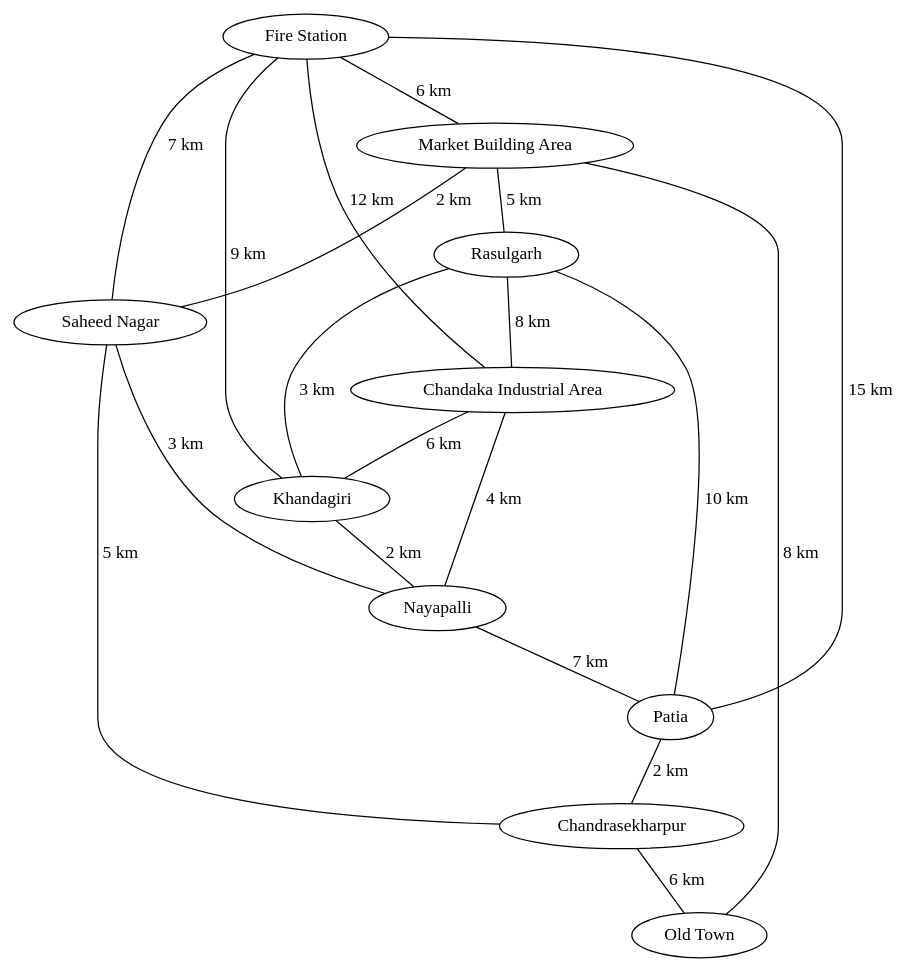
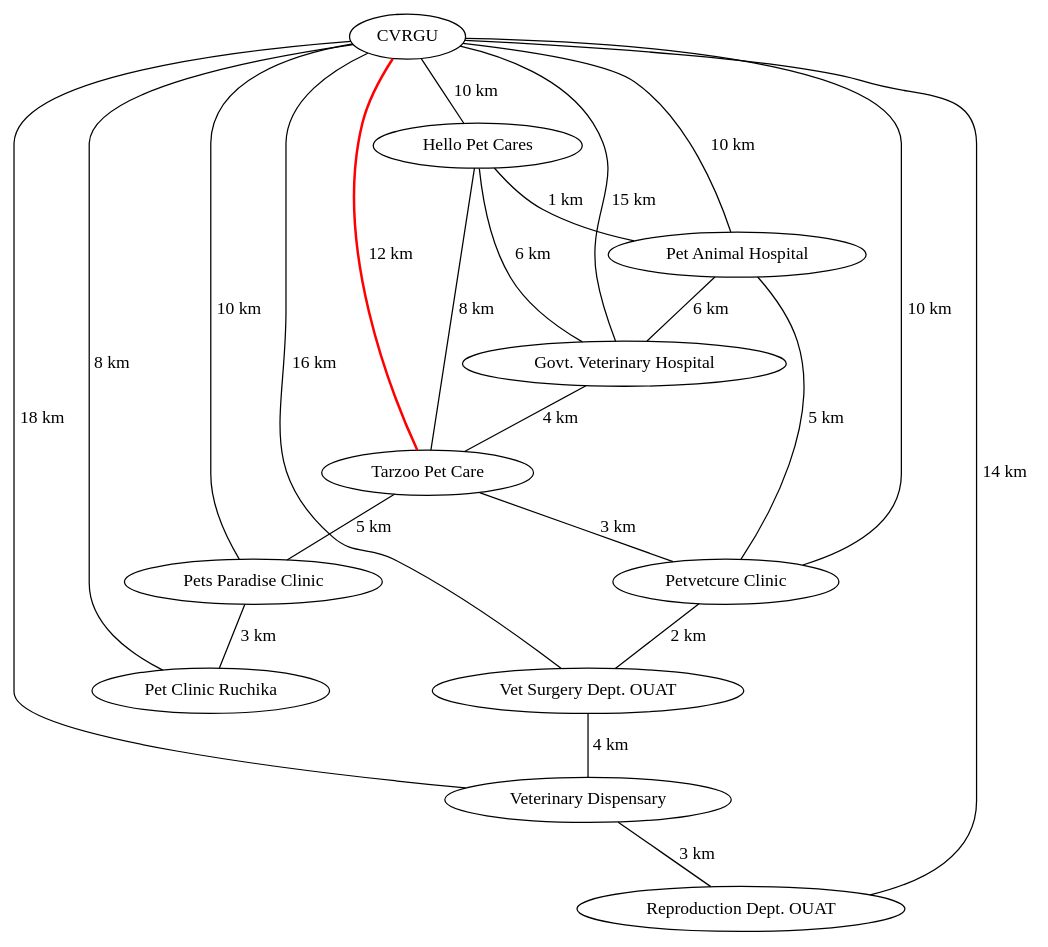
One commit to Cyphershadow24ar/Projects changed the diagram in Veterinary Hospital Management/graph.dot. Above: the diagram before and after it, drawn with Graphviz.

```diff
--- a/Veterinary Hospital Management/graph.dot
+++ b/Veterinary Hospital Management/graph.dot
@@ -1,33 +1,35 @@
 graph G {
-    "Fire Station" [label="Fire Station"];
-    "Market Building Area" [label="Market Building Area"];
-    "Rasulgarh" [label="Rasulgarh"];
-    "Chandaka Industrial Area" [label="Chandaka Industrial Area"];
-    "Saheed Nagar" [label="Saheed Nagar"];
-    "Khandagiri" [label="Khandagiri"];
-    "Nayapalli" [label="Nayapalli"];
-    "Patia" [label="Patia"];
-    "Chandrasekharpur" [label="Chandrasekharpur"];
-    "Old Town" [label="Old Town"];
-    "Fire Station" -- "Market Building Area" [label="6 km"];
-    "Fire Station" -- "Chandaka Industrial Area" [label="12 km"];
-    "Fire Station" -- "Saheed Nagar" [label="7 km"];
-    "Fire Station" -- "Khandagiri" [label="9 km"];
-    "Fire Station" -- "Patia" [label="15 km"];
-    "Market Building Area" -- "Rasulgarh" [label="5 km"];
-    "Market Building Area" -- "Saheed Nagar" [label="2 km"];
-    "Market Building Area" -- "Old Town" [label="8 km"];
-    "Rasulgarh" -- "Chandaka Industrial Area" [label="8 km"];
-    "Rasulgarh" -- "Khandagiri" [label="3 km"];
-    "Rasulgarh" -- "Patia" [label="10 km"];
-    "Chandaka Industrial Area" -- "Khandagiri" [label="6 km"];
-    "Chandaka Industrial Area" -- "Nayapalli" [label="4 km"];
-    "Saheed Nagar" -- "Nayapalli" [label="3 km"];
-    "Saheed Nagar" -- "Chandrasekharpur" [label="5 km"];
-    "Khandagiri" -- "Nayapalli" [label="2 km"];
-    "Nayapalli" -- "Patia" [label="7 km"];
-    "Patia" -- "Chandrasekharpur" [label="2 km"];
-    "Chandrasekharpur" -- "Old Town" [label="6 km"];
-    
-
+    "CVRGU" [label="CVRGU"];
+    "Hello Pet Cares" [label="Hello Pet Cares"];
+    "Pet Animal Hospital" [label="Pet Animal Hospital"];
+    "Govt. Veterinary Hospital" [label="Govt. Veterinary Hospital"];
+    "Tarzoo Pet Care" [label="Tarzoo Pet Care"];
+    "Petvetcure Clinic" [label="Petvetcure Clinic"];
+    "Vet Surgery Dept. OUAT" [label="Vet Surgery Dept. OUAT"];
+    "Veterinary Dispensary" [label="Veterinary Dispensary"];
+    "Pets Paradise Clinic" [label="Pets Paradise Clinic"];
+    "Pet Clinic Ruchika" [label="Pet Clinic Ruchika"];
+    "Reproduction Dept. OUAT" [label="Reproduction Dept. OUAT"];
+    "CVRGU" -- "Hello Pet Cares" [label="10 km"];
+    "CVRGU" -- "Pet Animal Hospital" [label="10 km"];
+    "CVRGU" -- "Govt. Veterinary Hospital" [label="15 km"];
+    "CVRGU" -- "Tarzoo Pet Care" [color=red, penwidth=2.0, label="12 km"];
+    "CVRGU" -- "Petvetcure Clinic" [label="10 km"];
+    "CVRGU" -- "Vet Surgery Dept. OUAT" [label="16 km"];
+    "CVRGU" -- "Veterinary Dispensary" [label="18 km"];
+    "CVRGU" -- "Pets Paradise Clinic" [label="10 km"];
+    "CVRGU" -- "Pet Clinic Ruchika" [label="8 km"];
+    "CVRGU" -- "Reproduction Dept. OUAT" [label="14 km"];
+    "Hello Pet Cares" -- "Pet Animal Hospital" [label="1 km"];
+    "Hello Pet Cares" -- "Govt. Veterinary Hospital" [label="6 km"];
+    "Hello Pet Cares" -- "Tarzoo Pet Care" [label="8 km"];
+    "Pet Animal Hospital" -- "Govt. Veterinary Hospital" [label="6 km"];
+    "Pet Animal Hospital" -- "Petvetcure Clinic" [label="5 km"];
+    "Govt. Veterinary Hospital" -- "Tarzoo Pet Care" [label="4 km"];
+    "Tarzoo Pet Care" -- "Petvetcure Clinic" [label="3 km"];
+    "Tarzoo Pet Care" -- "Pets Paradise Clinic" [label="5 km"];
+    "Petvetcure Clinic" -- "Vet Surgery Dept. OUAT" [label="2 km"];
+    "Vet Surgery Dept. OUAT" -- "Veterinary Dispensary" [label="4 km"];
+    "Veterinary Dispensary" -- "Reproduction Dept. OUAT" [label="3 km"];
+    "Pets Paradise Clinic" -- "Pet Clinic Ruchika" [label="3 km"];
 }
```
